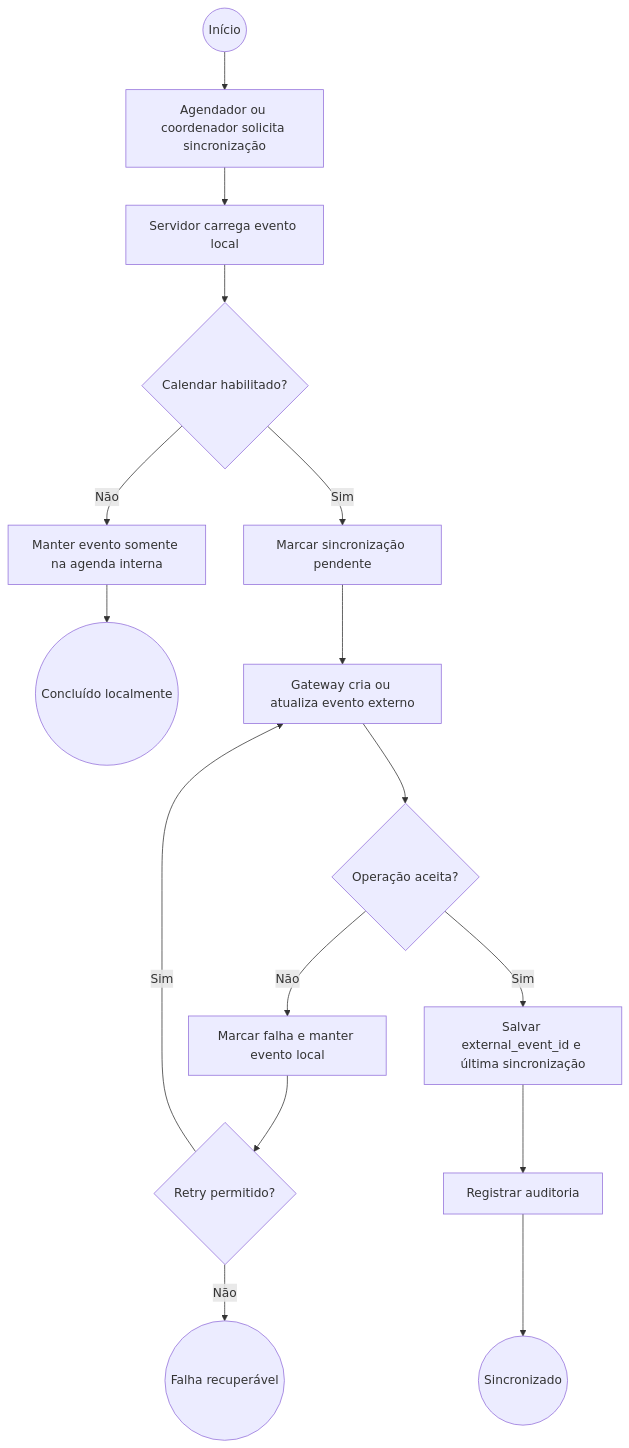
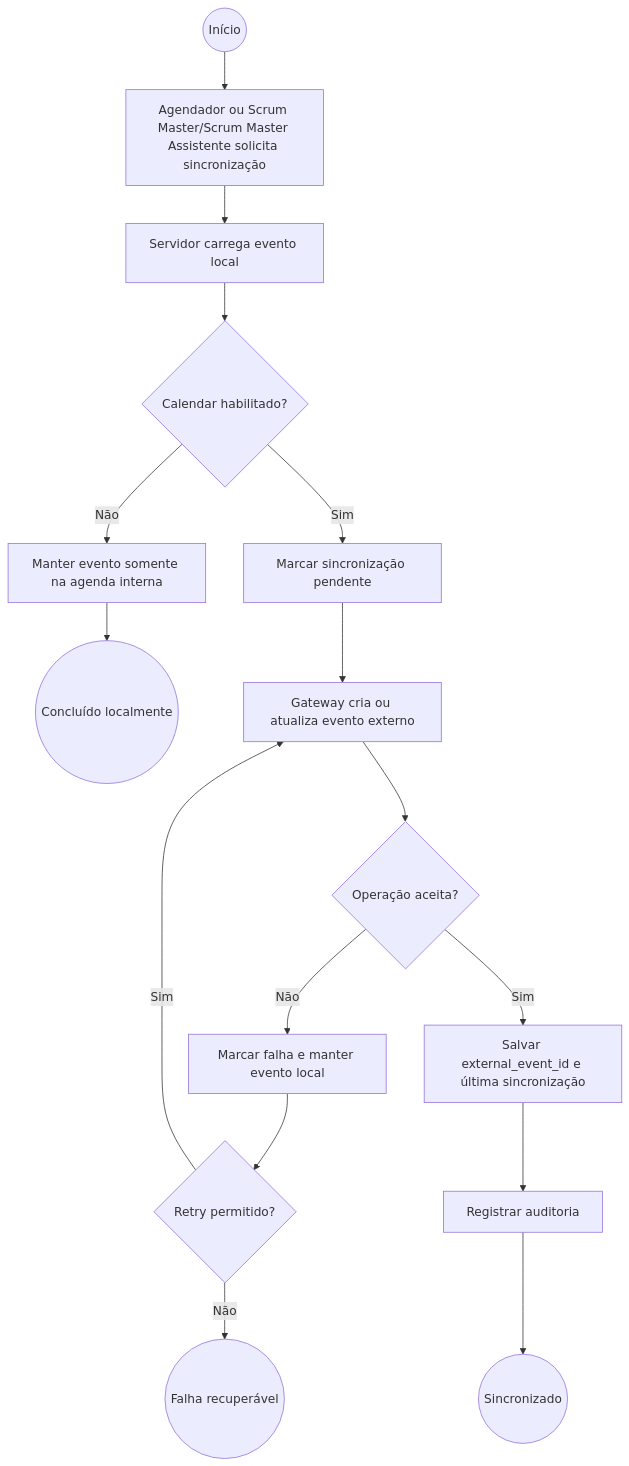
Before and after one commit to LuHenRe/PETBSI-SCRUM: the fifth of 6 diagrams in docs/especificao-de-software/09-diagramas-de-atividade.md, drawn with Mermaid. The commit also changed other lines of this file and 18 other files, not shown here.

````diff
--- a/docs/especificao-de-software/09-diagramas-de-atividade.md
+++ b/docs/especificao-de-software/09-diagramas-de-atividade.md
@@ -118,18 +118,18 @@
 ```mermaid
 flowchart TD
-    Start((Início)) --> Trigger[Agendador ou coordenador solicita sincronização]
+    Start((Início)) --> Trigger[Agendador ou Scrum Master/Scrum Master Assistente solicita sincronização]
     Trigger --> Load[Servidor carrega evento local]
     Load --> Decision1{Calendar habilitado?}
     Decision1 -- Não --> Local[Manter evento somente na agenda interna]
     Local --> End1((Concluído localmente))
     Decision1 -- Sim --> Pending[Marcar sincronização pendente]
     Pending --> Sync[Gateway cria ou atualiza evento externo]
     Sync --> Decision2{Operação aceita?}
     Decision2 -- Não --> Fail[Marcar falha e manter evento local]
     Fail --> Retry{Retry permitido?}
     Retry -- Não --> End2((Falha recuperável))
     Retry -- Sim --> Sync
     Decision2 -- Sim --> Save[Salvar external_event_id e última sincronização]
     Save --> Audit[Registrar auditoria]
     Audit --> End3((Sincronizado))
 ```
````
